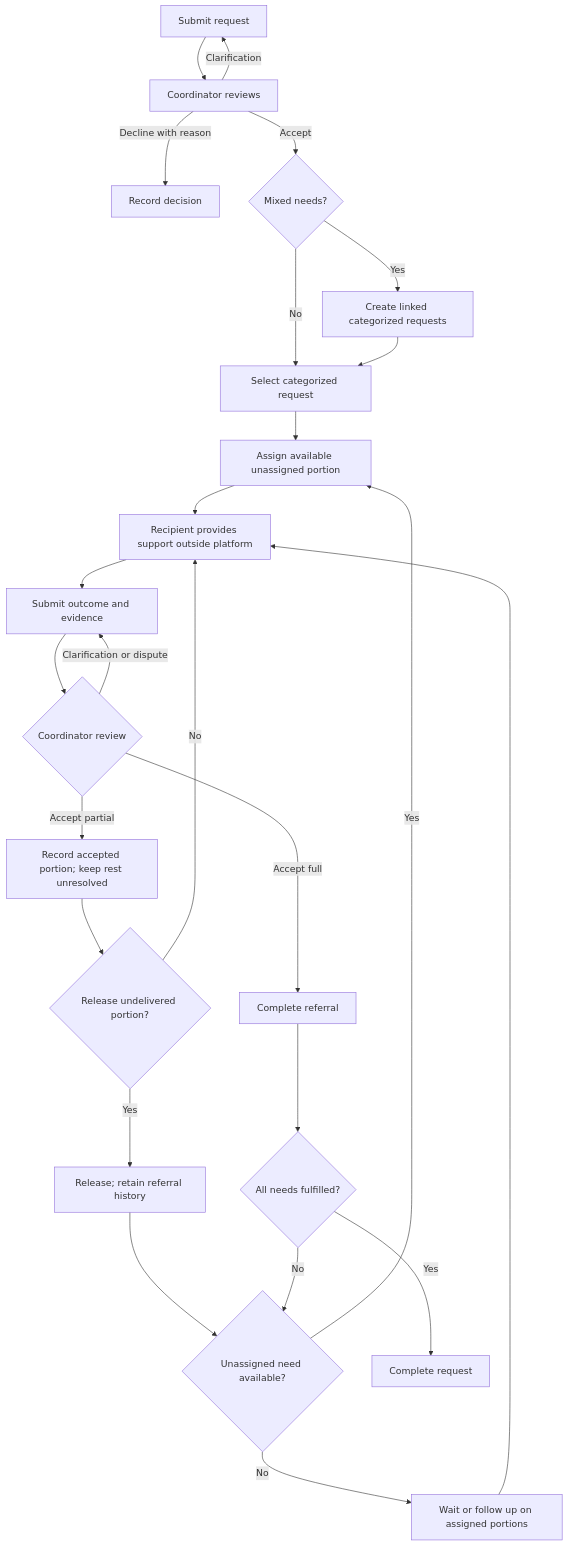
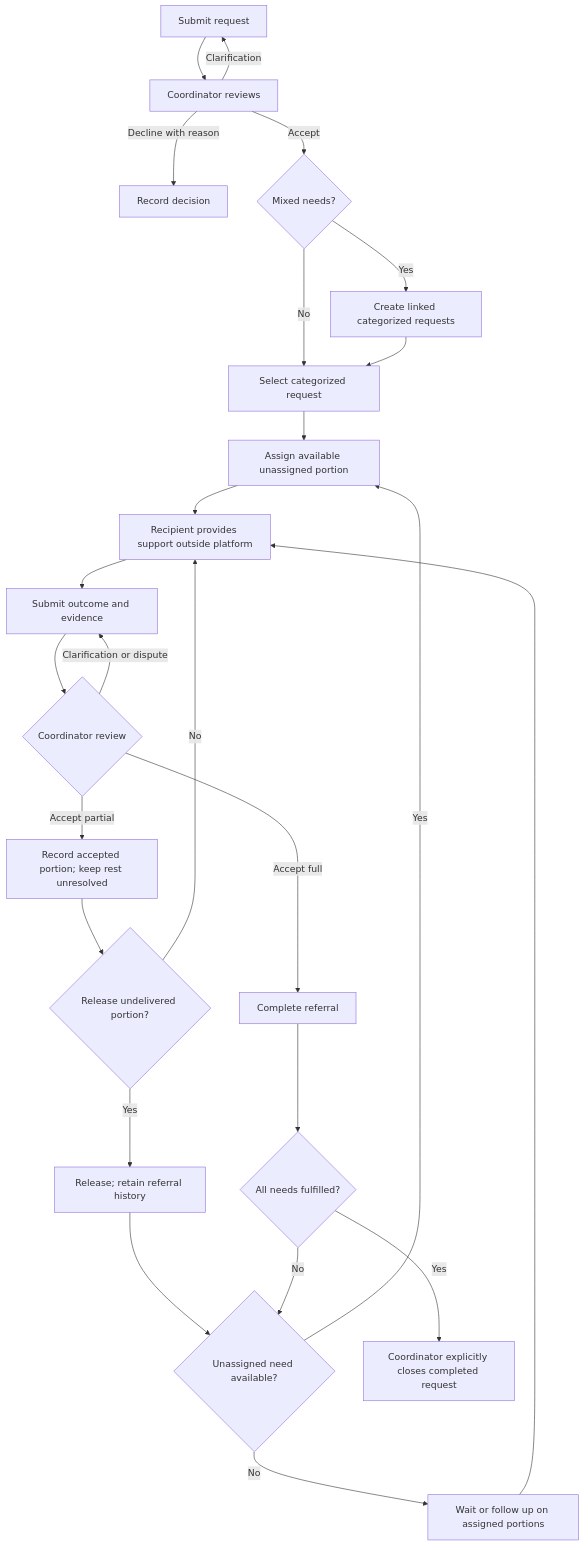
One commit to Bola-j/Helping-Hands changed the fourth of 10 diagrams in docs/models.md. Above: the diagram before and after it, drawn with Mermaid. The commit also changed other lines of this file and 10 other files, not shown here.

````diff
--- a/docs/models.md
+++ b/docs/models.md
@@ -53,27 +55,27 @@
 ```mermaid
 flowchart TD
  A[Submit request] --> B[Coordinator reviews]
  B -->|Clarification| A
  B -->|Decline with reason| Z[Record decision]
  B -->|Accept| C{Mixed needs?}
  C -->|Yes| D[Create linked categorized requests]
  C -->|No| E[Select categorized request]
  D --> E
  E --> F[Assign available unassigned portion]
  F --> G[Recipient provides support outside platform]
  G --> H[Submit outcome and evidence]
  H --> I{Coordinator review}
  I -->|Clarification or dispute| H
  I -->|Accept partial| J[Record accepted portion; keep rest unresolved]
  I -->|Accept full| K[Complete referral]
  J --> L{Release undelivered portion?}
  L -->|Yes| M[Release; retain referral history]
  M --> P{Unassigned need available?}
  P -->|Yes| F
  P -->|No| Q[Wait or follow up on assigned portions]
  Q --> G
  L -->|No| G
  K --> N{All needs fulfilled?}
- N -->|Yes| O[Complete request]
+ N -->|Yes| O[Coordinator explicitly closes completed request]
  N -->|No| P
 ```
````
